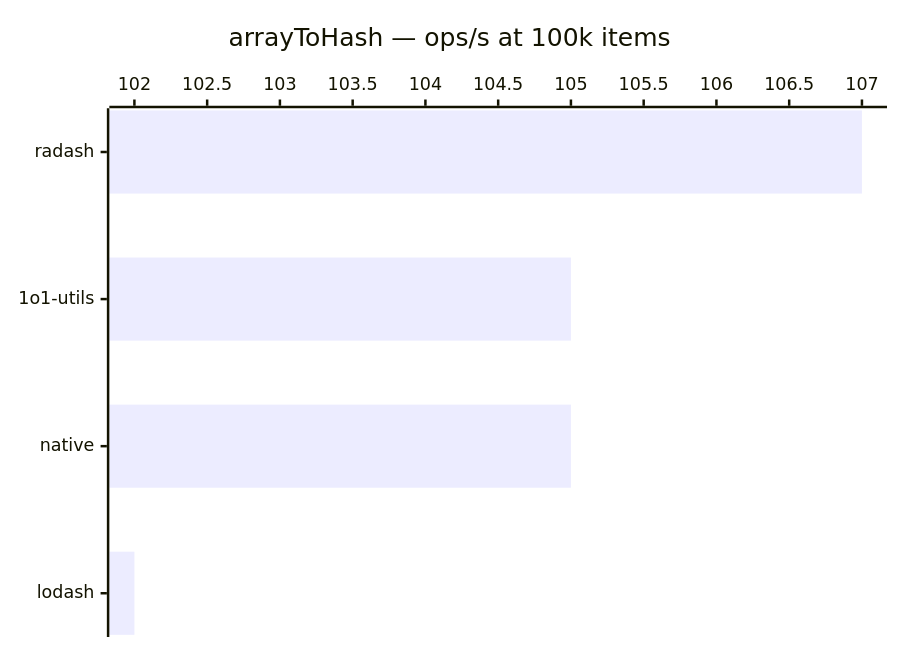
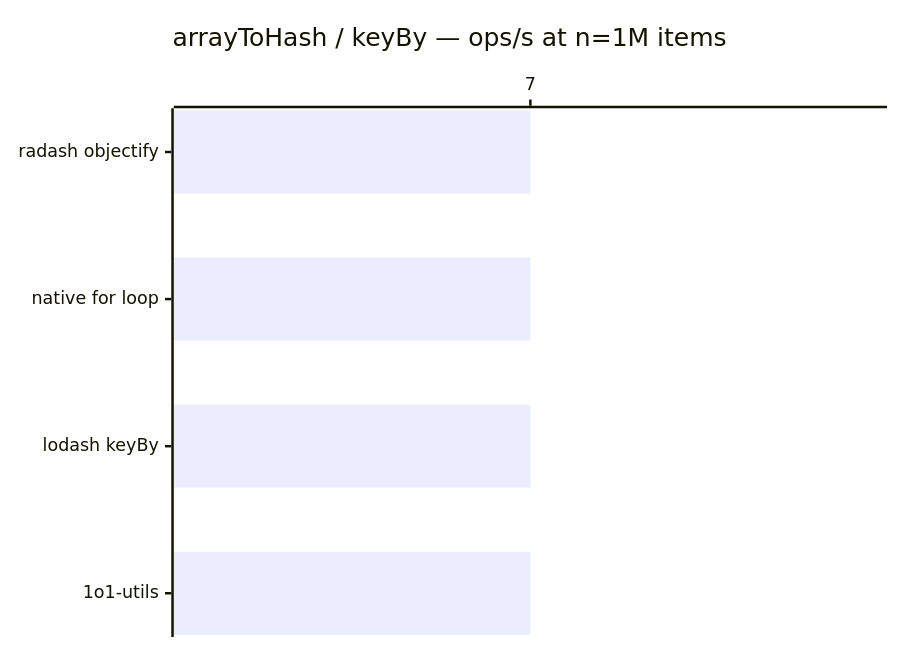
The diagram in benchmarks/array-to-hash.md (pedrotroccoli/1o1-utils), drawn with Mermaid before and after one commit. The commit also changed other lines of this file and 5 other files, not shown here.

````diff
--- a/benchmarks/array-to-hash.md
+++ b/benchmarks/array-to-hash.md
@@ -16,6 +16,6 @@
 ```mermaid
 xychart-beta horizontal
-  title "arrayToHash — ops/s at 100k items"
-  x-axis ["radash", "1o1-utils", "native", "lodash"]
-  bar [107, 105, 105, 102]
+  title "arrayToHash / keyBy — ops/s at n=1M items"
+  x-axis ["radash objectify", "native for loop", "lodash keyBy", "1o1-utils"]
+  bar [7, 7, 7, 7]
 ```
````
